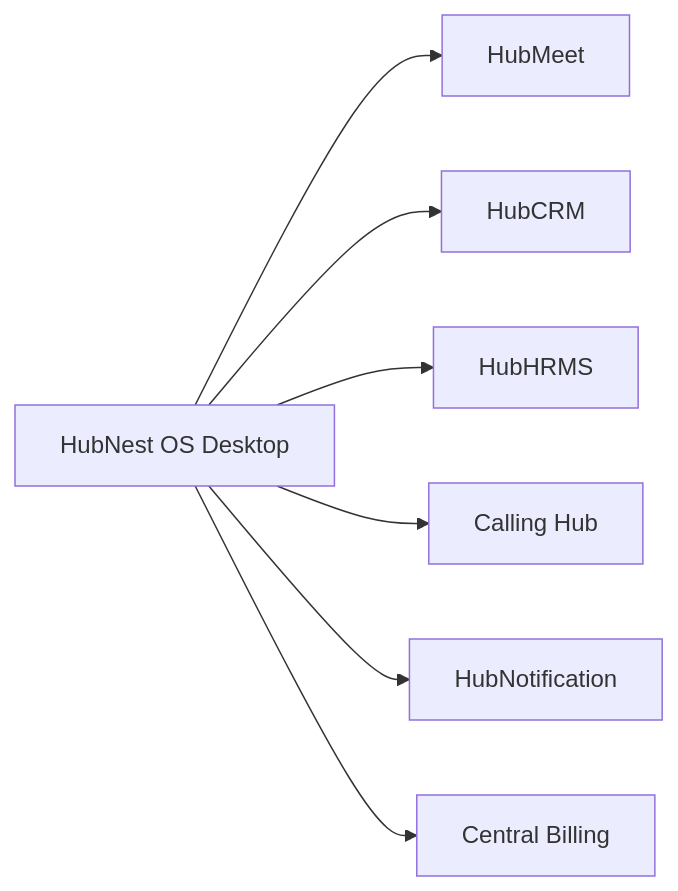
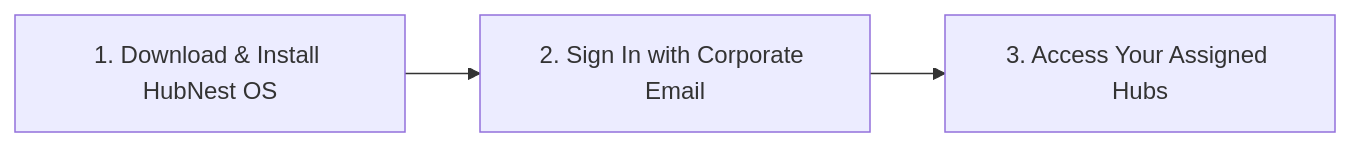
Before and after one commit to SRJ-GROUP/hubnest_user_guide: the diagram in docs/getting-started/index.md, drawn with Mermaid. The commit also changed other lines of this file and 15 other files, not shown here.

````diff
--- a/docs/getting-started/index.md
+++ b/docs/getting-started/index.md
@@ -16,9 +39,5 @@
 ```mermaid
 graph LR
-    A[HubNest OS Desktop] --> B[HubMeet]
-    A --> C[HubCRM]
-    A --> D[HubHRMS]
-    A --> E[Calling Hub]
-    A --> F[HubNotification]
-    A --> G[Central Billing]
+    Step1[1. Download & Install HubNest OS] --> Step2[2. Sign In with Corporate Email]
+    Step2 --> Step3[3. Access Your Assigned Hubs]
 ```
````
